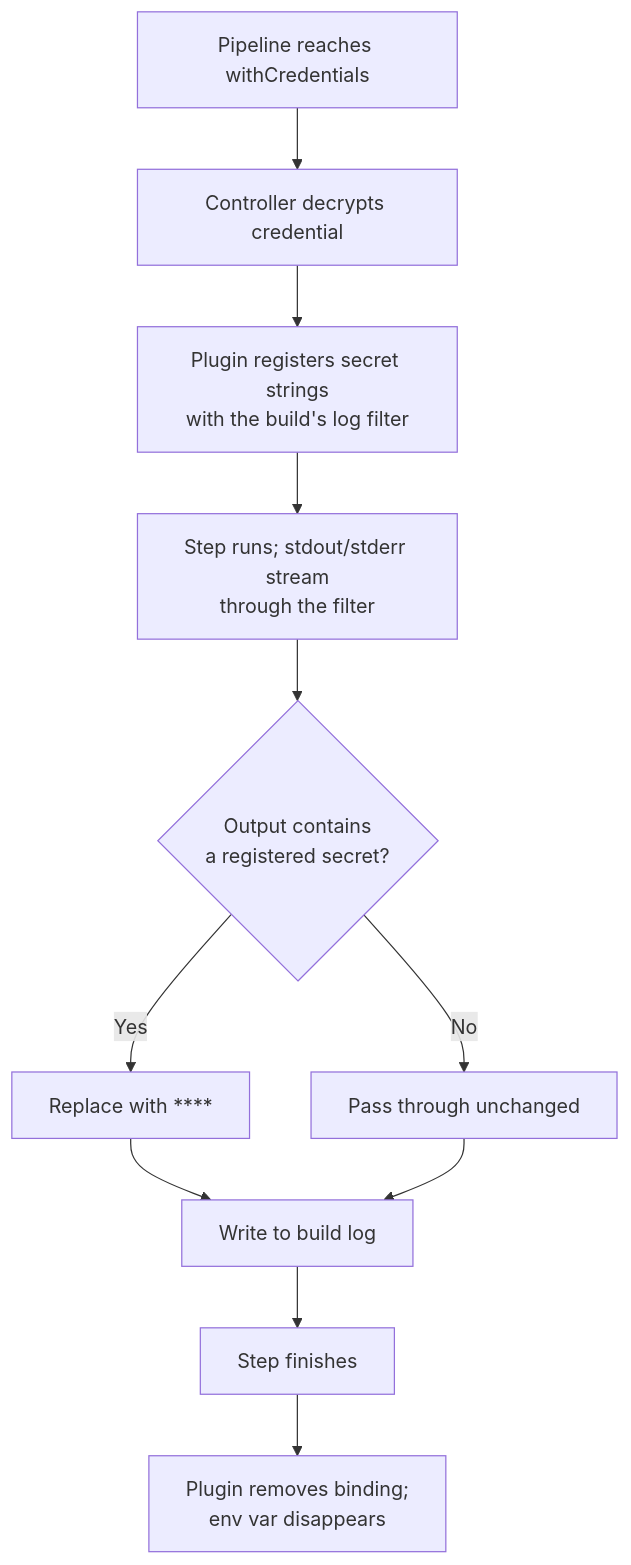
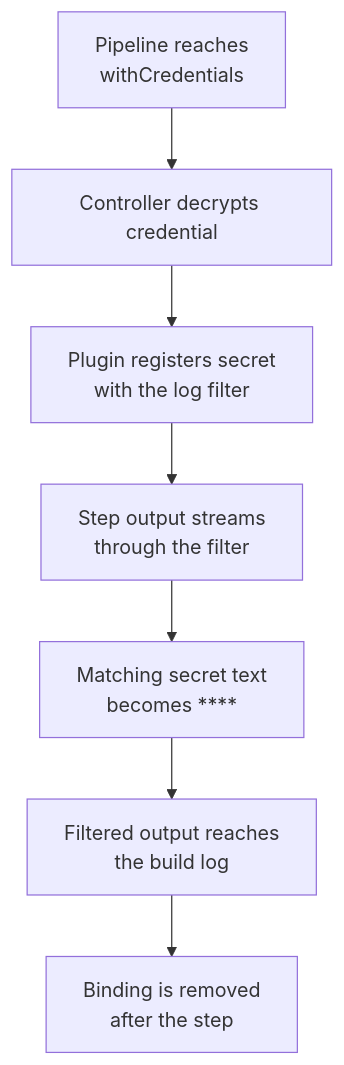
Before and after one commit to senlinyy/dev-roadmaps: the diagram in cicd/jenkins/credentials-and-security.md, drawn with Mermaid. The commit also changed 89 other files, not shown here.

````diff
--- a/cicd/jenkins/credentials-and-security.md
+++ b/cicd/jenkins/credentials-and-security.md
@@ -187,13 +187,9 @@
 ```mermaid
 flowchart TD
-    A[Pipeline reaches withCredentials] --> B[Controller decrypts credential]
-    B --> C[Plugin registers secret strings<br/>with the build's log filter]
-    C --> D[Step runs; stdout/stderr stream<br/>through the filter]
-    D --> E{Output contains<br/>a registered secret?}
-    E -->|Yes| F[Replace with ****]
-    E -->|No| G[Pass through unchanged]
-    F --> H[Write to build log]
-    G --> H
-    H --> I[Step finishes]
-    I --> J[Plugin removes binding;<br/>env var disappears]
+    A["Pipeline reaches<br/>withCredentials"] --> B["Controller decrypts credential"]
+    B --> C["Plugin registers secret<br/>with the log filter"]
+    C --> D["Step output streams<br/>through the filter"]
+    D --> E["Matching secret text<br/>becomes ****"]
+    E --> F["Filtered output reaches<br/>the build log"]
+    F --> G["Binding is removed<br/>after the step"]
 ```
````
